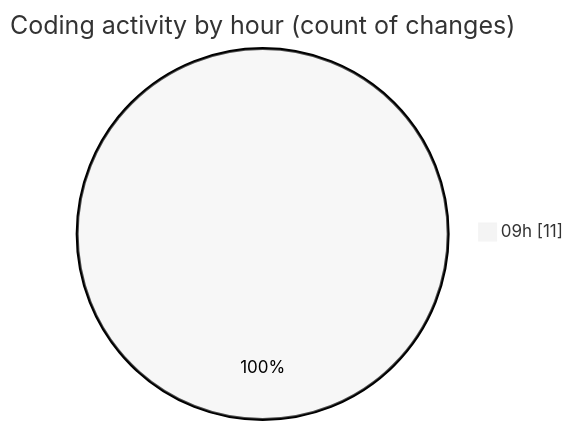
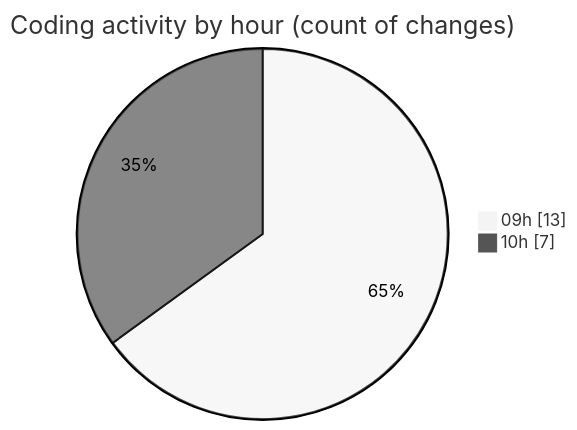
One commit to momahboobian/code-tracking changed the second of 2 diagrams in 2025-09-23/cda/README.md. Above: the diagram before and after it, drawn with Mermaid (neutral theme). The commit also changed other lines of this file and 1 other file, not shown here.

````diff
--- a/2025-09-23/cda/README.md
+++ b/2025-09-23/cda/README.md
@@ -30,5 +30,6 @@
 ```mermaid
 pie showData
 title Coding activity by hour (count of changes)
-"09h" : 11
+"09h" : 13
+"10h" : 7
 ```
````
